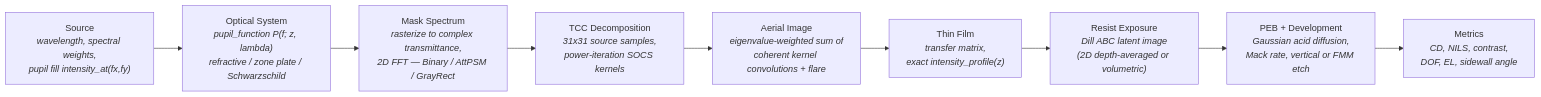
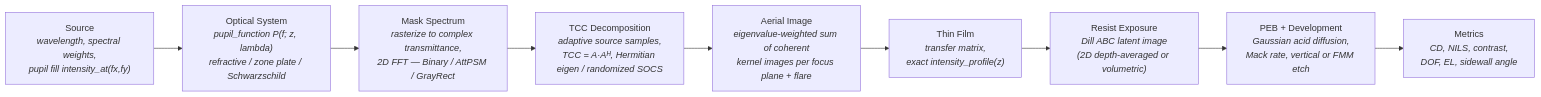
The diagram in docs/pipeline.md (sonoransun/highuvlith), drawn with Mermaid before and after one commit. The commit also changed other lines of this file and 496 other files, not shown here.

````diff
--- a/docs/pipeline.md
+++ b/docs/pipeline.md
@@ -9,11 +9,11 @@
 ```mermaid
 graph LR
     A["Source<br/><i>wavelength, spectral weights,<br/>pupil fill intensity_at(fx,fy)</i>"] --> B["Optical System<br/><i>pupil_function P(f; z, lambda)<br/>refractive / zone plate / Schwarzschild</i>"]
     B --> C["Mask Spectrum<br/><i>rasterize to complex transmittance,<br/>2D FFT — Binary / AttPSM / GrayRect</i>"]
-    C --> D["TCC Decomposition<br/><i>31x31 source samples,<br/>power-iteration SOCS kernels</i>"]
-    D --> E["Aerial Image<br/><i>eigenvalue-weighted sum of<br/>coherent kernel convolutions + flare</i>"]
+    C --> D["TCC Decomposition<br/><i>adaptive source samples,<br/>TCC = A·Aᴴ, Hermitian eigen / randomized SOCS</i>"]
+    D --> E["Aerial Image<br/><i>eigenvalue-weighted sum of coherent<br/>kernel images per focus plane + flare</i>"]
     E --> F["Thin Film<br/><i>transfer matrix,<br/>exact intensity_profile(z)</i>"]
     F --> G["Resist Exposure<br/><i>Dill ABC latent image<br/>(2D depth-averaged or volumetric)</i>"]
     G --> H["PEB + Development<br/><i>Gaussian acid diffusion,<br/>Mack rate, vertical or FMM etch</i>"]
     H --> I["Metrics<br/><i>CD, NILS, contrast,<br/>DOF, EL, sidewall angle</i>"]
 ```
````
